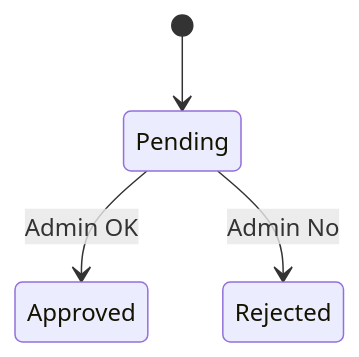
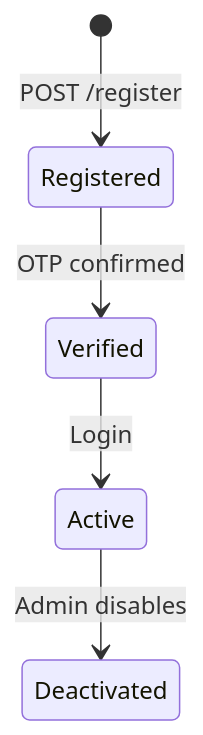
One commit to SDN-Group5/Event-Ticketing-Platform changed diagram 11 of 42 in doc/UML/Nam_BookingOrg.md. Above: the diagram before and after it, drawn with Mermaid. The commit also changed other lines of this file and 2 other files, not shown here.

````diff
--- a/doc/UML/Nam_BookingOrg.md
+++ b/doc/UML/Nam_BookingOrg.md
@@ -86,6 +305,7 @@
 ```mermaid
 stateDiagram-v2
-    [*] --> Pending
-    Pending --> Approved: Admin OK
-    Pending --> Rejected: Admin No
+    [*] --> Registered: POST /register
+    Registered --> Verified: OTP confirmed
+    Verified --> Active: Login
+    Active --> Deactivated: Admin disables
 ```
````
